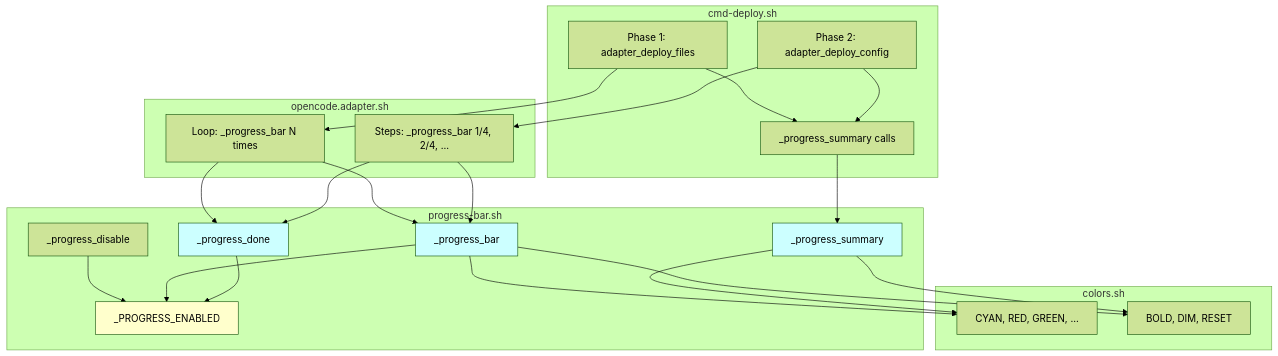
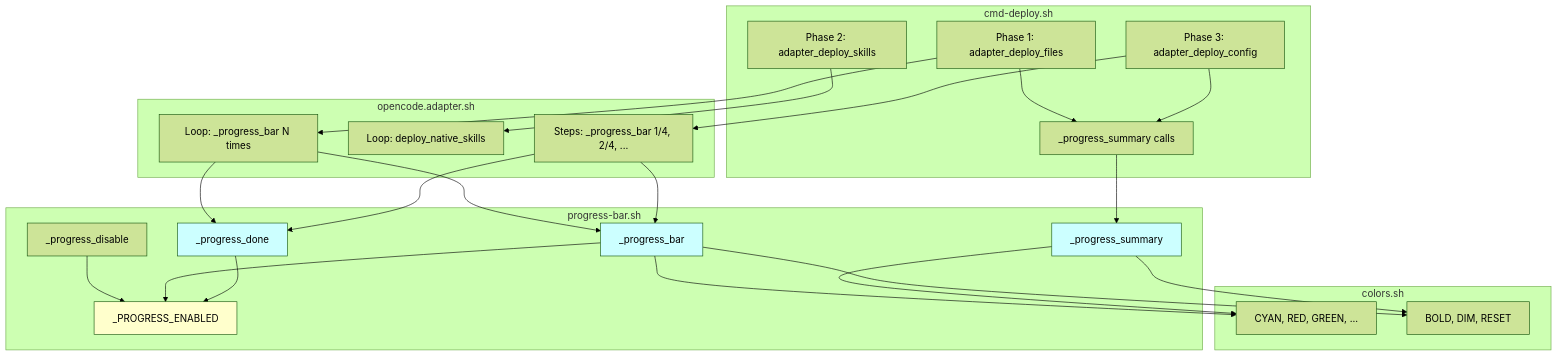
Before and after one commit to datichb/opencode-hub: the fourth of 4 diagrams in docs/dev/progress-bar.md, drawn with Mermaid (forest theme). The commit also changed other lines of this file and 13 other files, not shown here.

First line of the commit message:
feat(deploy): phase skills native + --check skills + clamp silencieux

````diff
--- a/docs/dev/progress-bar.md
+++ b/docs/dev/progress-bar.md
@@ -641,50 +641,53 @@
 ```mermaid
 graph TB
     subgraph "progress-bar.sh"
         A[_PROGRESS_ENABLED]
         B[_progress_disable]
         C[_progress_bar]
         D[_progress_done]
         E[_progress_summary]
     end
     
     subgraph "colors.sh"
         F[CYAN, RED, GREEN, ...]
         G[BOLD, DIM, RESET]
     end
     
     subgraph "cmd-deploy.sh"
         H[Phase 1: adapter_deploy_files]
-        I[Phase 2: adapter_deploy_config]
+        H2[Phase 2: adapter_deploy_skills]
+        I[Phase 3: adapter_deploy_config]
         J[_progress_summary calls]
     end
     
     subgraph "opencode.adapter.sh"
         K[Loop: _progress_bar N times]
+        K2[Loop: deploy_native_skills]
         L[Steps: _progress_bar 1/4, 2/4, ...]
     end
     
     B --> A
     C --> A
     D --> A
     C --> F
     C --> G
     E --> F
     E --> G
     
     H --> K
+    H2 --> K2
     I --> L
     H --> J
     I --> J
     
     K --> C
     L --> C
     K --> D
     L --> D
     J --> E
     
     style A fill:#ffffcc
     style C fill:#ccffff
     style D fill:#ccffff
     style E fill:#ccffff
 ```
````
